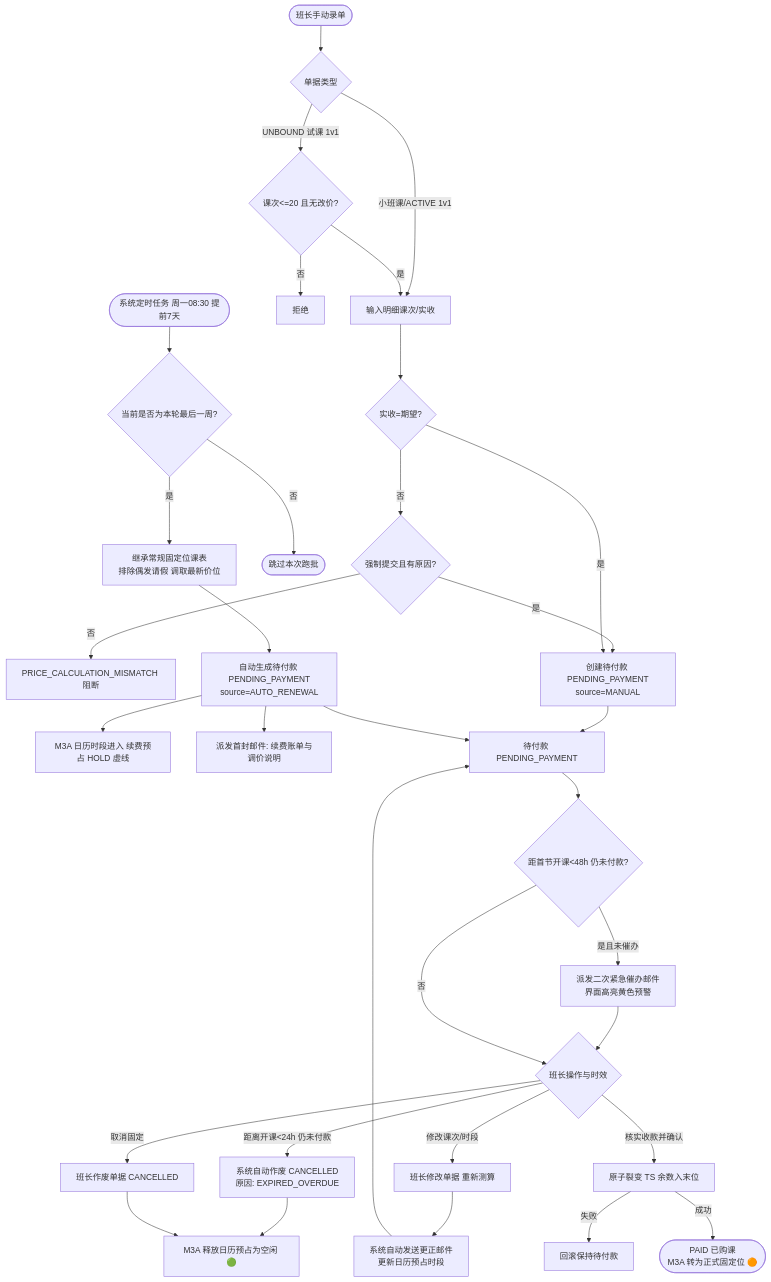
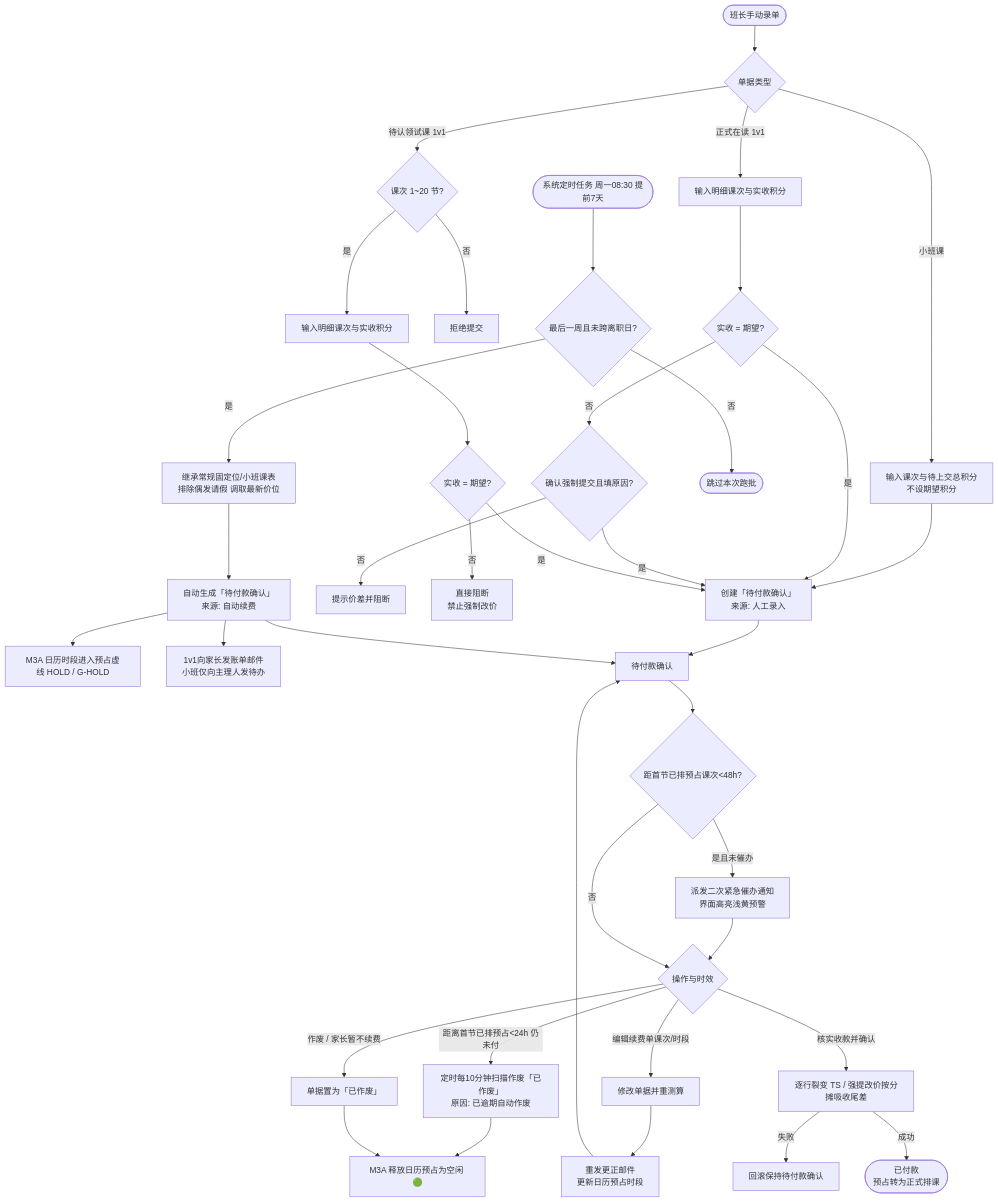
Before and after one commit to Onezao/dream: the second of 2 diagrams in docs/prd/m2a_course_orders.md, drawn with Mermaid. The commit also changed other lines of this file and 38 other files, not shown here.

````diff
--- a/docs/prd/m2a_course_orders.md
+++ b/docs/prd/m2a_course_orders.md
@@ -316,42 +402,49 @@
 ```mermaid
 flowchart TD
     StartManual([班长手动录单]) --> Type{单据类型}
-    Type -- 小班课/ACTIVE 1v1 --> Input[输入明细课次/实收]
-    Type -- UNBOUND 试课 1v1 --> Limit{课次<=20 且无改价?}
-    Limit -- 否 --> Reject1[拒绝]
-    Limit -- 是 --> Input
-    Input --> Check{实收=期望?}
-    Check -- 否 --> Force{强制提交且有原因?}
-    Force -- 否 --> Block[PRICE_CALCULATION_MISMATCH 阻断]
-    Force -- 是 --> CreateManual[创建待付款 PENDING_PAYMENT\nsource=MANUAL]
-    Check -- 是 --> CreateManual
+    Type -- 小班课 --> InputGroup[输入课次与待上交总积分\n不设期望积分]
+    InputGroup --> CreateManual[创建「待付款确认」\n来源: 人工录入]
+
+    Type -- 正式在读 1v1 --> InputActive[输入明细课次与实收积分]
+    InputActive --> CheckActive{实收 = 期望?}
+    CheckActive -- 是 --> CreateManual
+    CheckActive -- 否 --> Force{确认强制提交且填原因?}
+    Force -- 否 --> Block[提示价差并阻断]
+    Force -- 是 --> CreateManual
+
+    Type -- 待认领试课 1v1 --> Limit{课次 1~20 节?}
+    Limit -- 否 --> Reject1[拒绝提交]
+    Limit -- 是 --> InputUnbound[输入明细课次与实收积分]
+    InputUnbound --> CheckUnbound{实收 = 期望?}
+    CheckUnbound -- 否 --> BlockUnbound[直接阻断\n禁止强制改价]
+    CheckUnbound -- 是 --> CreateManual
     
-    StartAuto([系统定时任务 周一08:30 提前7天]) --> Scan{当前是否为本轮最后一周?}
+    StartAuto([系统定时任务 周一08:30 提前7天]) --> Scan{最后一周且未跨离职日?}
     Scan -- 否 --> EndAuto([跳过本次跑批])
-    Scan -- 是 --> Calc[继承常规固定位课表\n排除偶发请假 调取最新价位]
-    Calc --> CreateAuto[自动生成待付款 PENDING_PAYMENT\nsource=AUTO_RENEWAL]
-    CreateAuto --> HoldGrid[M3A 日历时段进入 续费预占 HOLD 虚线]
-    CreateAuto --> SendMail["派发首封邮件: 续费账单与调价说明"]
+    Scan -- 是 --> Calc[继承常规固定位/小班课表\n排除偶发请假 调取最新价位]
+    Calc --> CreateAuto[自动生成「待付款确认」\n来源: 自动续费]
+    CreateAuto --> HoldGrid[M3A 日历时段进入预占虚线 HOLD / G-HOLD]
+    CreateAuto --> SendMail["1v1向家长发账单邮件\n小班仅向主理人发待办"]
     
-    CreateManual --> PendingState[待付款 PENDING_PAYMENT]
+    CreateManual --> PendingState[待付款确认]
     CreateAuto --> PendingState
     
-    PendingState --> CheckUrgent{距首节开课<48h 仍未付款?}
-    CheckUrgent -- 是且未催办 --> SendUrgent[派发二次紧急催办邮件\n界面高亮黄色预警]
-    SendUrgent --> MonitorAction{班长操作与时效}
+    PendingState --> CheckUrgent{距首节已排预占课次<48h?}
+    CheckUrgent -- 是且未催办 --> SendUrgent[派发二次紧急催办通知\n界面高亮浅黄预警]
+    SendUrgent --> MonitorAction{操作与时效}
     CheckUrgent -- 否 --> MonitorAction
     
-    MonitorAction -- 距离开课<24h 仍未付款 --> AutoExpire["系统自动作废 CANCELLED\n原因: EXPIRED_OVERDUE"]
+    MonitorAction -- 距离首节已排预占<24h 仍未付 --> AutoExpire["定时每10分钟扫描作废「已作废」\n原因: 已逾期自动作废"]
     AutoExpire --> ReleaseGrid[M3A 释放日历预占为空闲 🟢]
     
-    MonitorAction -- 修改课次/时段 --> EditOrder[班长修改单据 重新测算]
-    EditOrder --> ReMail[系统自动发送更正邮件\n更新日历预占时段]
+    MonitorAction -- 编辑续费单课次/时段 --> EditOrder[修改单据并重测算]
+    EditOrder --> ReMail[重发更正邮件\n更新日历预占时段]
     ReMail --> PendingState
     
-    MonitorAction -- 取消固定 --> ManualCancel[班长作废单据 CANCELLED]
+    MonitorAction -- 作废 / 家长暂不续费 --> ManualCancel[单据置为「已作废」]
     ManualCancel --> ReleaseGrid
     
-    MonitorAction -- 核实收款并确认 --> Fission[原子裂变 TS 余数入末位]
-    Fission -- 失败 --> Rollback[回滚保持待付款]
-    Fission -- 成功 --> Paid([PAID 已购课\nM3A 转为正式固定位 🟠])
+    MonitorAction -- 核实收款并确认 --> Fission[逐行裂变 TS / 强提改价按分摊吸收尾差]
+    Fission -- 失败 --> Rollback[回滚保持待付款确认]
+    Fission -- 成功 --> Paid([已付款\n预占转为正式排课])
 ```
````
